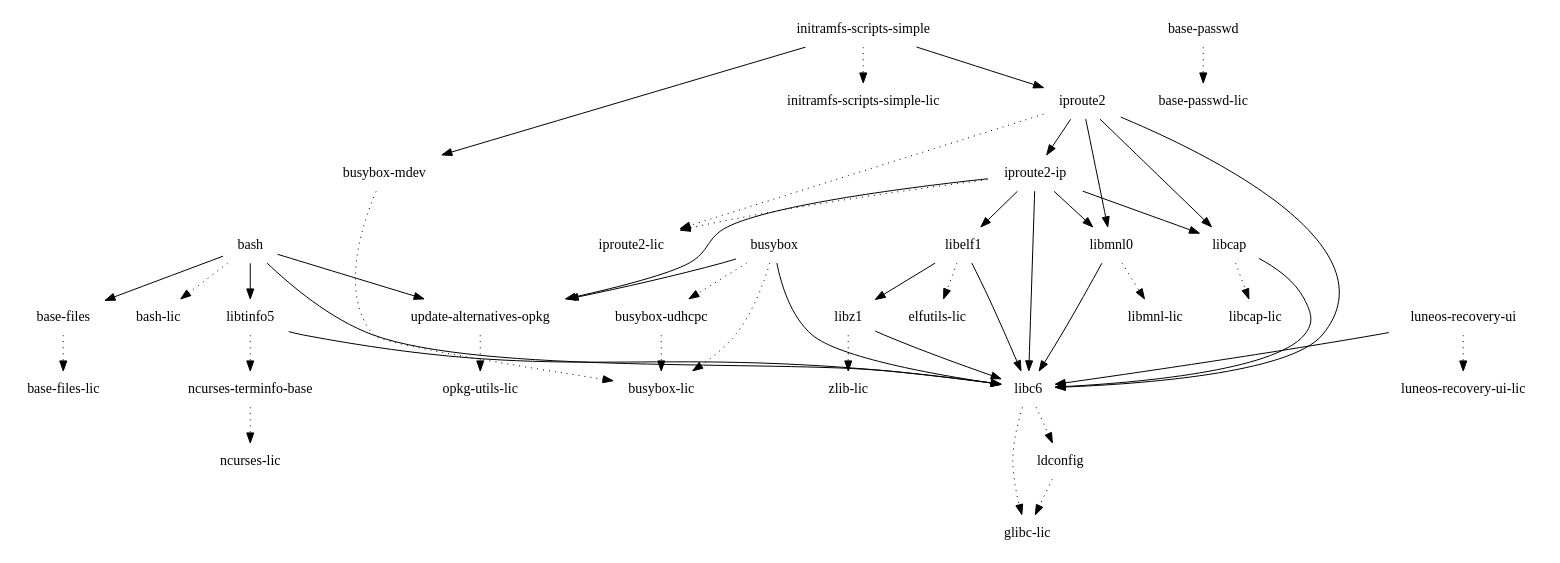
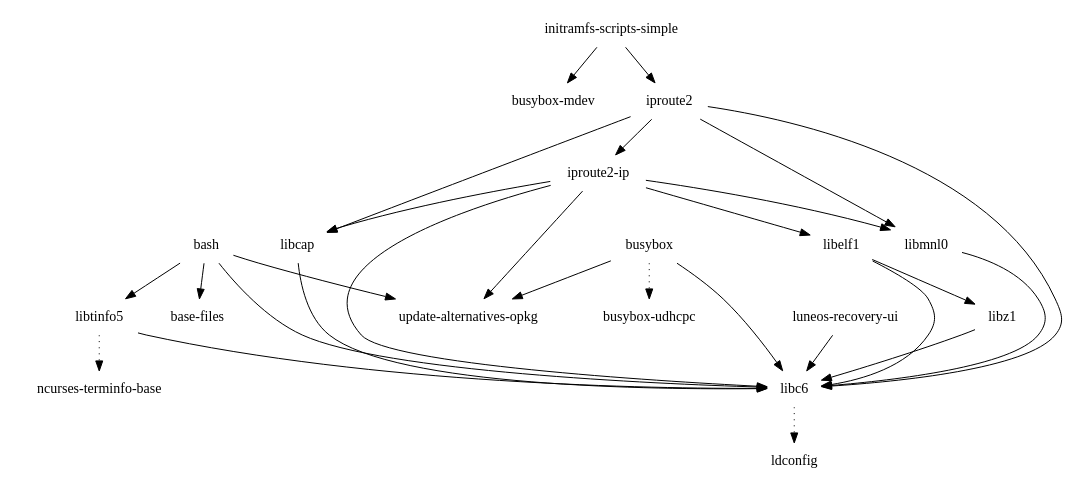
The diagram in images/pinephone/glibc/initramfs-uboot-image/depends-nokernel.dot (webOS-ports/buildhistory), drawn with Graphviz before and after one commit. The commit also changed 751 other files, not shown here.

```diff
--- a/images/pinephone/glibc/initramfs-uboot-image/depends-nokernel.dot
+++ b/images/pinephone/glibc/initramfs-uboot-image/depends-nokernel.dot
@@ -1,48 +1,30 @@
 digraph depends {
     node [shape=plaintext]
-"base-files" -> "base-files-lic" [style=dotted]
-"base-passwd" -> "base-passwd-lic" [style=dotted]
 "bash" -> "base-files"
-"bash" -> "bash-lic" [style=dotted]
 "bash" -> "libc6"
 "bash" -> "libtinfo5"
 "bash" -> "update-alternatives-opkg"
-"busybox" -> "busybox-lic" [style=dotted]
 "busybox" -> "busybox-udhcpc" [style=dotted]
 "busybox" -> "libc6"
-"busybox-mdev" -> "busybox-lic" [style=dotted]
-"busybox-udhcpc" -> "busybox-lic" [style=dotted]
 "busybox" -> "update-alternatives-opkg"
 "initramfs-scripts-simple" -> "busybox-mdev"
-"initramfs-scripts-simple" -> "initramfs-scripts-simple-lic" [style=dotted]
 "initramfs-scripts-simple" -> "iproute2"
-"iproute2-ip" -> "iproute2-lic" [style=dotted]
 "iproute2-ip" -> "libc6"
 "iproute2-ip" -> "libcap"
 "iproute2-ip" -> "libelf1"
 "iproute2-ip" -> "libmnl0"
 "iproute2" -> "iproute2-ip"
-"iproute2" -> "iproute2-lic" [style=dotted]
 "iproute2-ip" -> "update-alternatives-opkg"
 "iproute2" -> "libc6"
 "iproute2" -> "libcap"
 "iproute2" -> "libmnl0"
-"ldconfig" -> "glibc-lic" [style=dotted]
-"libc6" -> "glibc-lic" [style=dotted]
 "libc6" -> "ldconfig" [style=dotted]
 "libcap" -> "libc6"
-"libcap" -> "libcap-lic" [style=dotted]
-"libelf1" -> "elfutils-lic" [style=dotted]
 "libelf1" -> "libc6"
 "libelf1" -> "libz1"
 "libmnl0" -> "libc6"
-"libmnl0" -> "libmnl-lic" [style=dotted]
 "libtinfo5" -> "libc6"
 "libtinfo5" -> "ncurses-terminfo-base" [style=dotted]
 "libz1" -> "libc6"
-"libz1" -> "zlib-lic" [style=dotted]
 "luneos-recovery-ui" -> "libc6"
-"luneos-recovery-ui" -> "luneos-recovery-ui-lic" [style=dotted]
-"ncurses-terminfo-base" -> "ncurses-lic" [style=dotted]
-"update-alternatives-opkg" -> "opkg-utils-lic" [style=dotted]
 }
```
